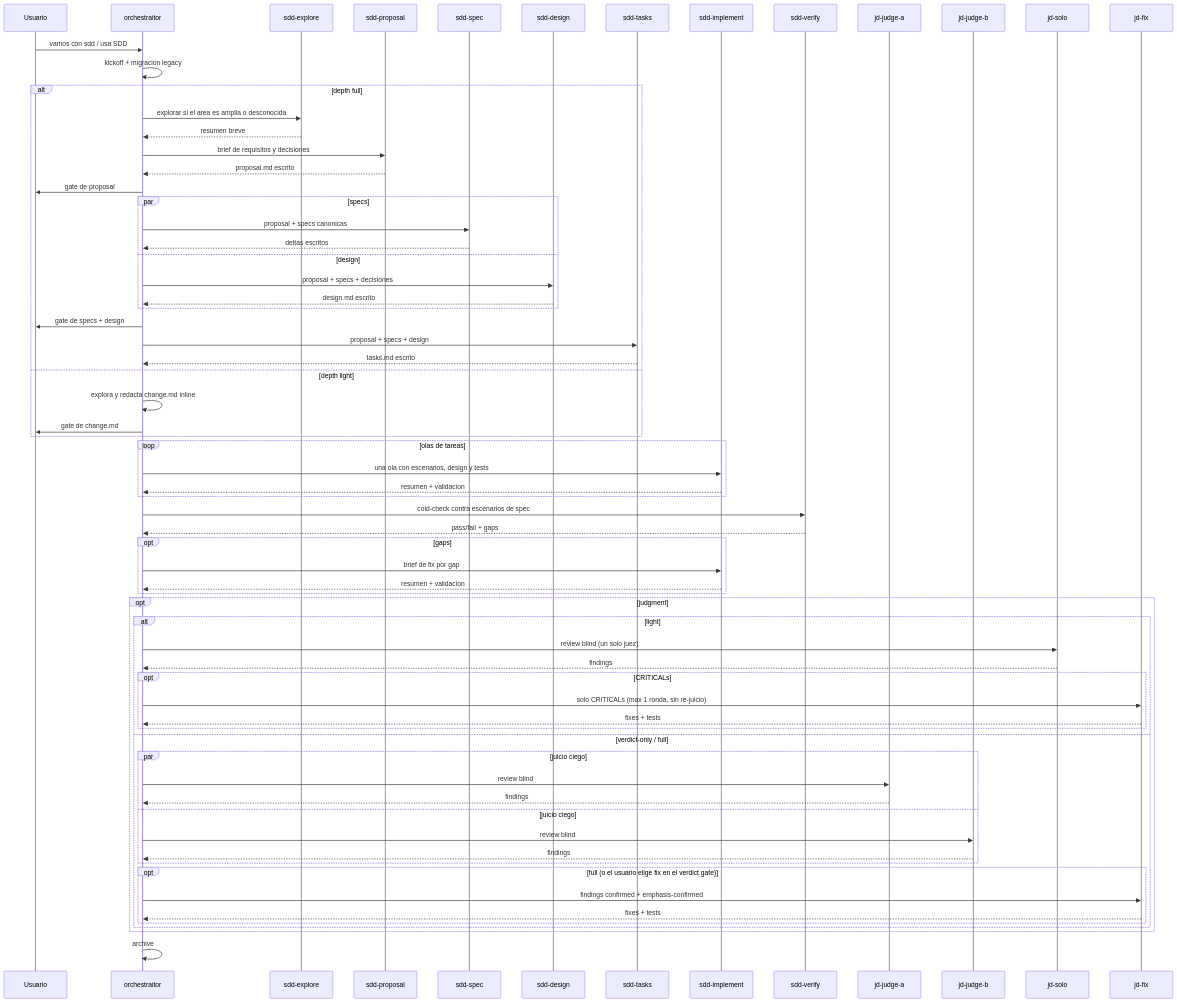
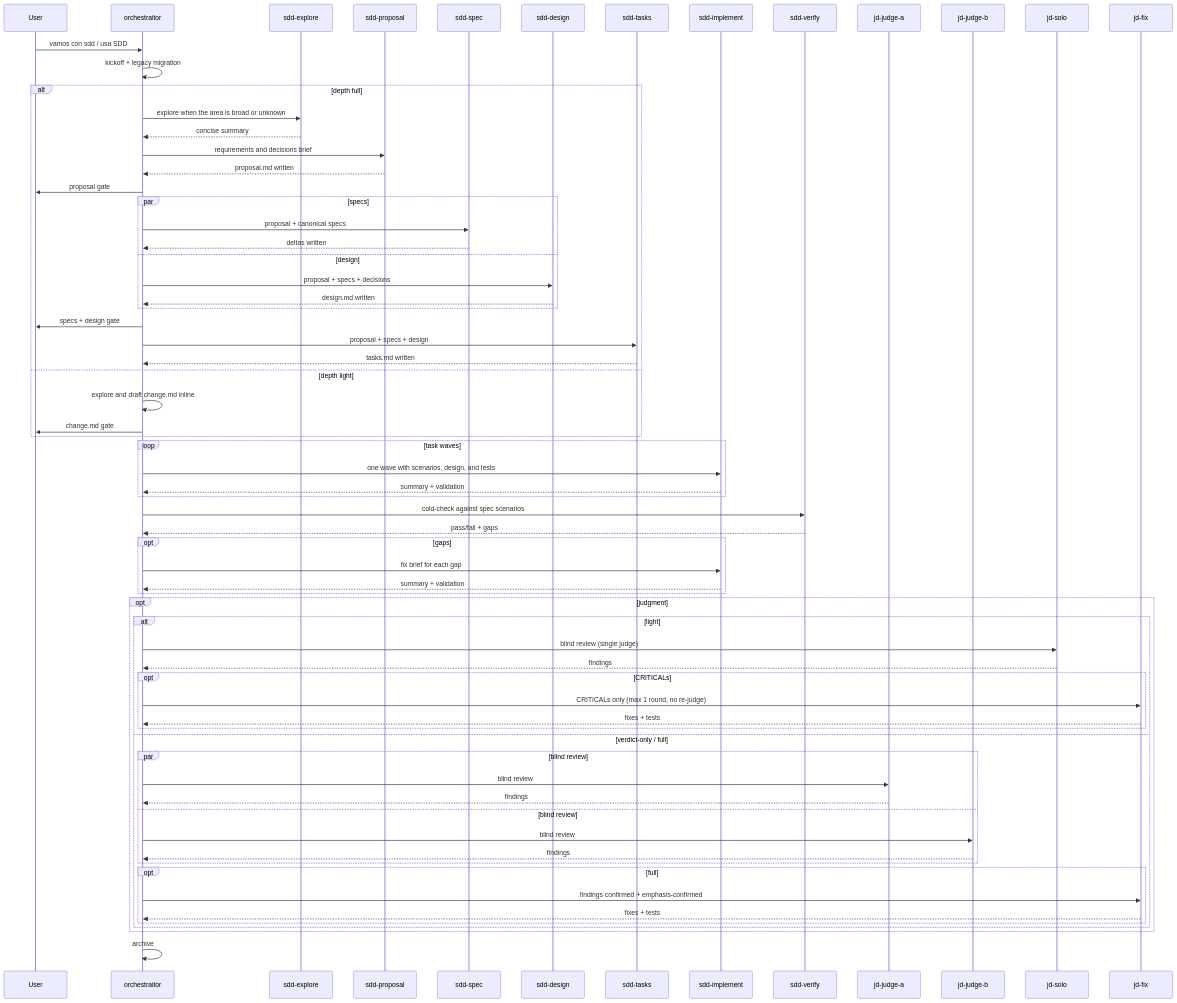
The second of 2 diagrams in domains/sdd/README.md (andresnator/agents-orchestrator), drawn with Mermaid before and after one commit. The commit also changed other lines of this file and 11 other files, not shown here.

````diff
--- a/domains/sdd/README.md
+++ b/domains/sdd/README.md
@@ -68,72 +68,72 @@
 ```mermaid
 sequenceDiagram
-  participant U as Usuario
+  participant U as User
   participant O as orchestraitor
   participant E as sdd-explore
   participant P as sdd-proposal
   participant S as sdd-spec
   participant D as sdd-design
   participant T as sdd-tasks
   participant I as sdd-implement
   participant V as sdd-verify
   participant JA as jd-judge-a
   participant JB as jd-judge-b
   participant JS as jd-solo
   participant JF as jd-fix
 
   U->>O: vamos con sdd / usa SDD
-  O->>O: kickoff + migracion legacy
+  O->>O: kickoff + legacy migration
   alt depth full
-    O->>E: explorar si el area es amplia o desconocida
-    E-->>O: resumen breve
-    O->>P: brief de requisitos y decisiones
-    P-->>O: proposal.md escrito
-    O->>U: gate de proposal
+    O->>E: explore when the area is broad or unknown
+    E-->>O: concise summary
+    O->>P: requirements and decisions brief
+    P-->>O: proposal.md written
+    O->>U: proposal gate
     par specs
-      O->>S: proposal + specs canonicas
-      S-->>O: deltas escritos
+      O->>S: proposal + canonical specs
+      S-->>O: deltas written
     and design
-      O->>D: proposal + specs + decisiones
-      D-->>O: design.md escrito
+      O->>D: proposal + specs + decisions
+      D-->>O: design.md written
     end
-    O->>U: gate de specs + design
+    O->>U: specs + design gate
     O->>T: proposal + specs + design
-    T-->>O: tasks.md escrito
+    T-->>O: tasks.md written
   else depth light
-    O->>O: explora y redacta change.md inline
-    O->>U: gate de change.md
+    O->>O: explore and draft change.md inline
+    O->>U: change.md gate
   end
-  loop olas de tareas
-    O->>I: una ola con escenarios, design y tests
-    I-->>O: resumen + validacion
+  loop task waves
+    O->>I: one wave with scenarios, design, and tests
+    I-->>O: summary + validation
   end
-  O->>V: cold-check contra escenarios de spec
+  O->>V: cold-check against spec scenarios
   V-->>O: pass/fail + gaps
   opt gaps
-    O->>I: brief de fix por gap
-    I-->>O: resumen + validacion
+    O->>I: fix brief for each gap
+    I-->>O: summary + validation
   end
   opt judgment
     alt light
-      O->>JS: review blind (un solo juez)
+      O->>JS: blind review (single judge)
       JS-->>O: findings
       opt CRITICALs
-        O->>JF: solo CRITICALs (max 1 ronda, sin re-juicio)
+        O->>JF: CRITICALs only (max 1 round, no re-judge)
         JF-->>O: fixes + tests
       end
     else verdict-only / full
-      par juicio ciego
-        O->>JA: review blind
+      par blind review
+        O->>JA: blind review
         JA-->>O: findings
-      and juicio ciego
-        O->>JB: review blind
+      and blind review
+        O->>JB: blind review
         JB-->>O: findings
       end
-      opt full (o el usuario elige fix en el verdict gate)
+      opt full
         O->>JF: findings confirmed + emphasis-confirmed
         JF-->>O: fixes + tests
       end
     end
   end
   O->>O: archive
 ```
````
